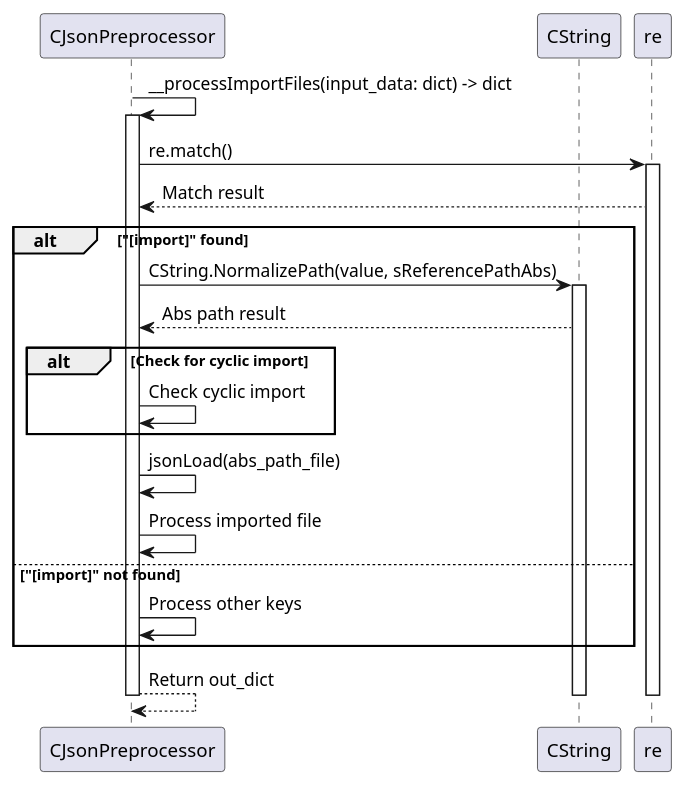
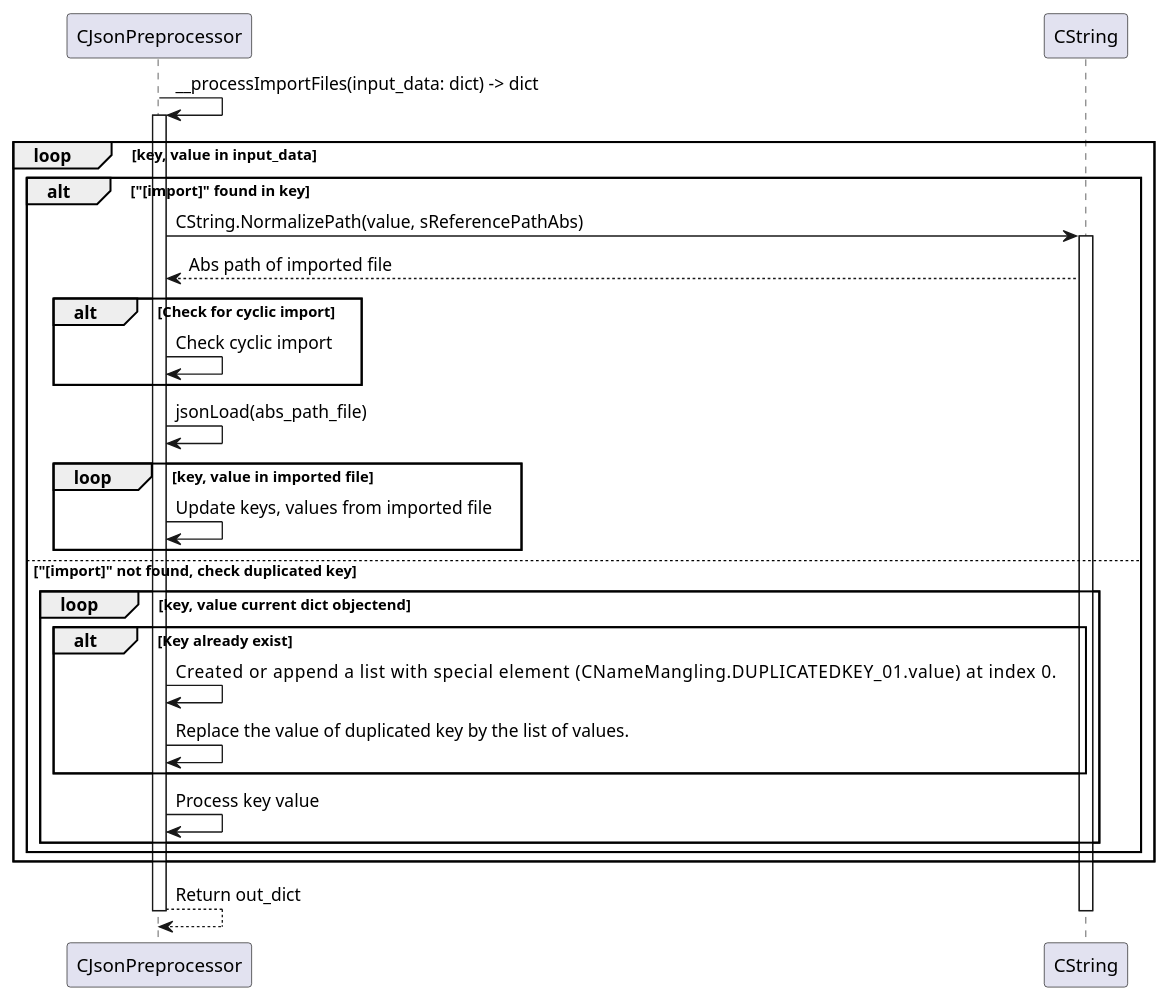
The diagram in design/__processImportFiles.puml (test-fullautomation/python-jsonpreprocessor), drawn with PlantUML before and after one commit. The commit also changed 3 other files, not shown here.

Commit message:
Updated design for __processImportFiles method

```diff
--- a/design/__processImportFiles.puml
+++ b/design/__processImportFiles.puml
@@ -1,36 +1,41 @@
 @startuml
 
 participant CJsonPreprocessor
 participant CString
-participant re
 
 CJsonPreprocessor -> CJsonPreprocessor: __processImportFiles(input_data: dict) -> dict
 activate CJsonPreprocessor
 
-CJsonPreprocessor -> re: re.match()
-activate re
-re --> CJsonPreprocessor: Match result
-
-alt "[import]" found
+loop key, value in input_data
+alt "[import]" found in key
     CJsonPreprocessor -> CString: CString.NormalizePath(value, sReferencePathAbs)
     activate CString
-    CString --> CJsonPreprocessor: Abs path result
+    CString --> CJsonPreprocessor: Abs path of imported file
 
     alt Check for cyclic import
         CJsonPreprocessor -> CJsonPreprocessor: Check cyclic import
     end
 
     CJsonPreprocessor -> CJsonPreprocessor: jsonLoad(abs_path_file)
-    CJsonPreprocessor -> CJsonPreprocessor: Process imported file
+    loop key, value in imported file
+    CJsonPreprocessor -> CJsonPreprocessor: Update keys, values from imported file
+    end
+else "[import]" not found, check duplicated key
+    loop key, value current dict objectend
+        alt Key already exist
+            CJsonPreprocessor -> CJsonPreprocessor: Created or append a list with special element \
+            (CNameMangling.DUPLICATEDKEY_01.value) at index 0.
+            CJsonPreprocessor -> CJsonPreprocessor: Replace the value of duplicated key by the list of values.
+        end
+    CJsonPreprocessor -> CJsonPreprocessor: Process key value
+    end
+end
 
-else "[import]" not found
-    CJsonPreprocessor -> CJsonPreprocessor: Process other keys
 end
 
 CJsonPreprocessor --> CJsonPreprocessor: Return out_dict
 
-deactivate re
 deactivate CString
 deactivate CJsonPreprocessor
 
 @enduml
```
